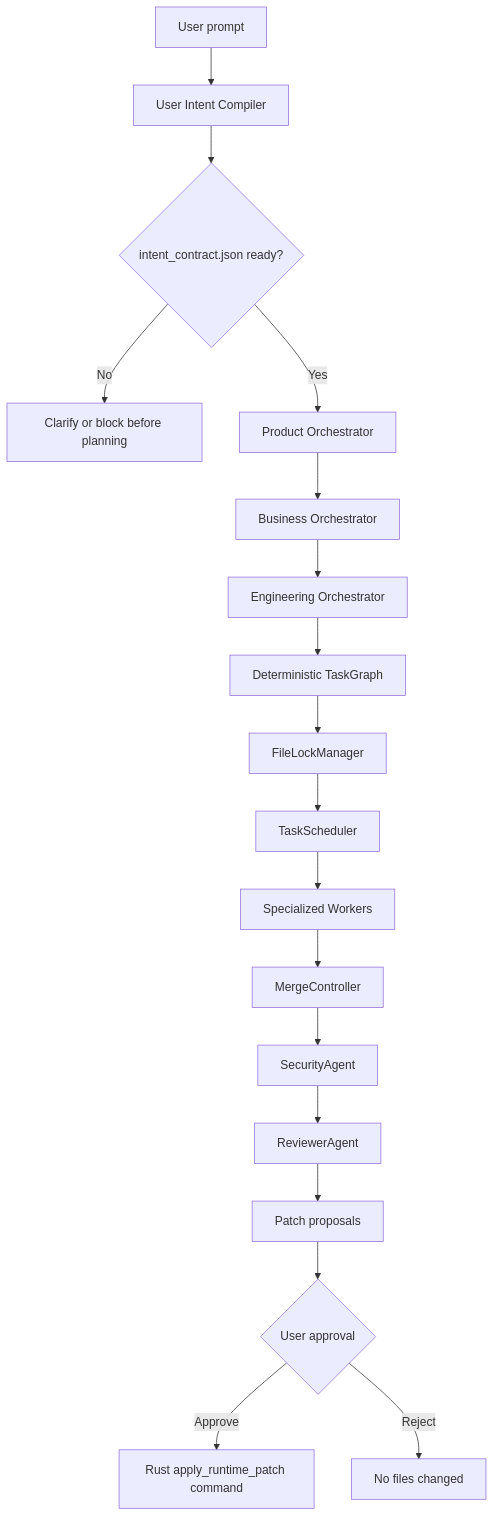
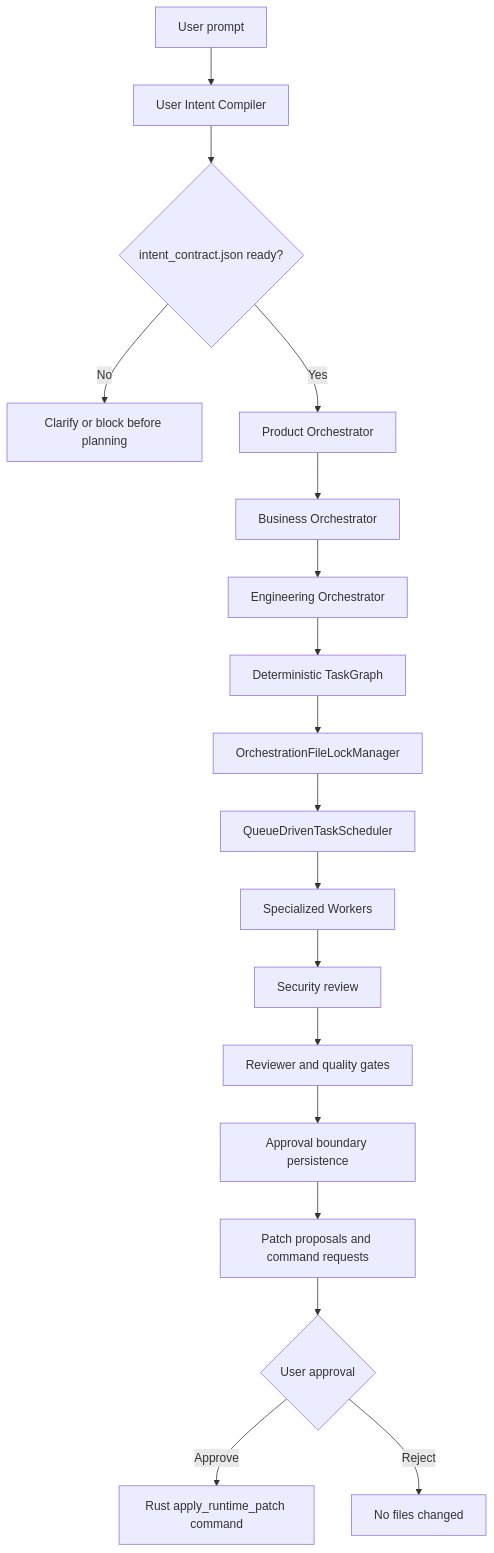
The second of 2 diagrams in docs/orchestration-flow.md (abdoabozena7/OrchCode_Studio_-Multi-Agent-Coding-System-), drawn with Mermaid before and after one commit. The commit also changed other lines of this file and 263 other files, not shown here.

````diff
--- a/docs/orchestration-flow.md
+++ b/docs/orchestration-flow.md
@@ -3,20 +164,20 @@
 ```mermaid
 flowchart TD
   U["User prompt"] --> I["User Intent Compiler"]
   I --> C{"intent_contract.json ready?"}
   C -->|No| Block["Clarify or block before planning"]
   C -->|Yes| P["Product Orchestrator"]
   P --> B["Business Orchestrator"]
   B --> E["Engineering Orchestrator"]
   E --> G["Deterministic TaskGraph"]
-  G --> L["FileLockManager"]
-  L --> S["TaskScheduler"]
+  G --> L["OrchestrationFileLockManager"]
+  L --> S["QueueDrivenTaskScheduler"]
   S --> W["Specialized Workers"]
-  W --> M["MergeController"]
-  M --> Sec["SecurityAgent"]
-  Sec --> R["ReviewerAgent"]
-  R --> PP["Patch proposals"]
+  W --> Sec["Security review"]
+  Sec --> R["Reviewer and quality gates"]
+  R --> Bnd["Approval boundary persistence"]
+  Bnd --> PP["Patch proposals and command requests"]
   PP --> A{"User approval"}
   A -->|Approve| Rust["Rust apply_runtime_patch command"]
   A -->|Reject| Stop["No files changed"]
 ```
````
